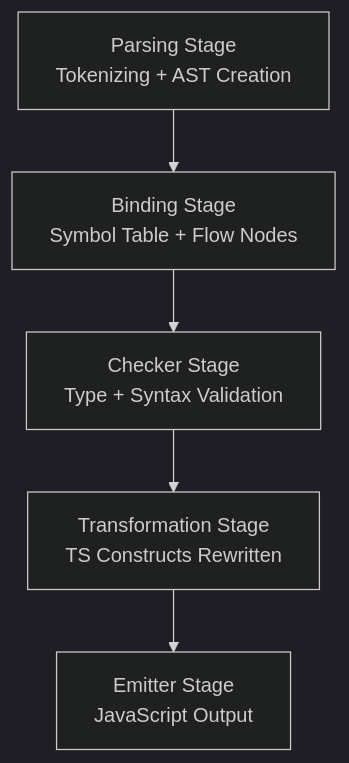
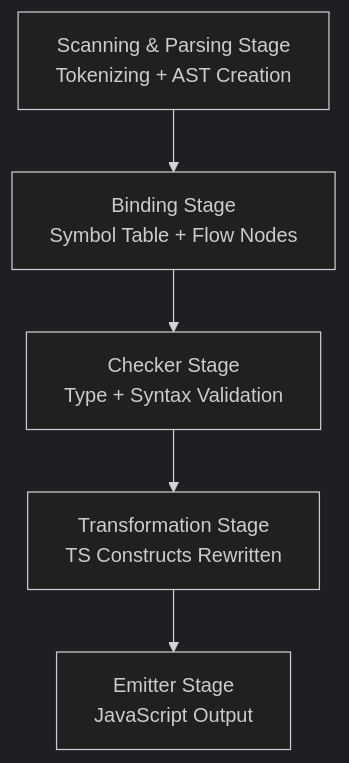
One commit to Ritam369/Typescript-ChaiAurCode changed the diagram in BTS/History_Connversion.md. Above: the diagram before and after it, drawn with Mermaid (dark theme). The commit also changed other lines of this file, not shown here.

Commit message:
Clarify TypeScript emission process in documentation
Added clarification about TypeScript stripping functionality during emission.

````diff
--- a/BTS/History_Connversion.md
+++ b/BTS/History_Connversion.md
@@ -75,7 +75,7 @@
 ```mermaid
 flowchart TD
-    A[Parsing Stage<br/>Tokenizing + AST Creation] --> B[Binding Stage<br/>Symbol Table + Flow Nodes]
+    A[Scanning & Parsing Stage<br/>Tokenizing + AST Creation] --> B[Binding Stage<br/>Symbol Table + Flow Nodes]
     B --> C[Checker Stage<br/>Type + Syntax Validation]
     C --> D[Transformation Stage<br/>TS Constructs Rewritten]
     D --> E[Emitter Stage<br/>JavaScript Output]
 ```
````
